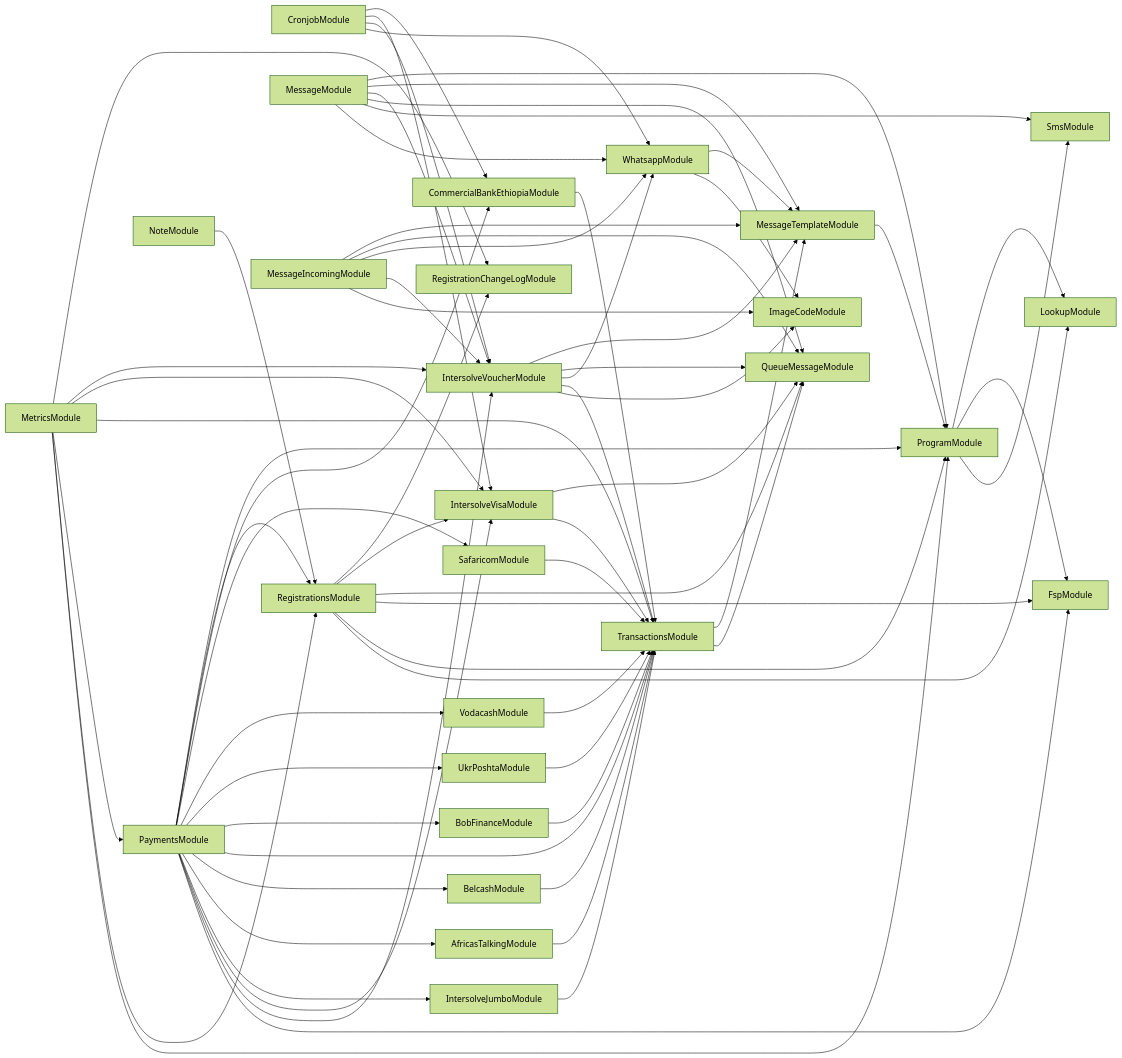
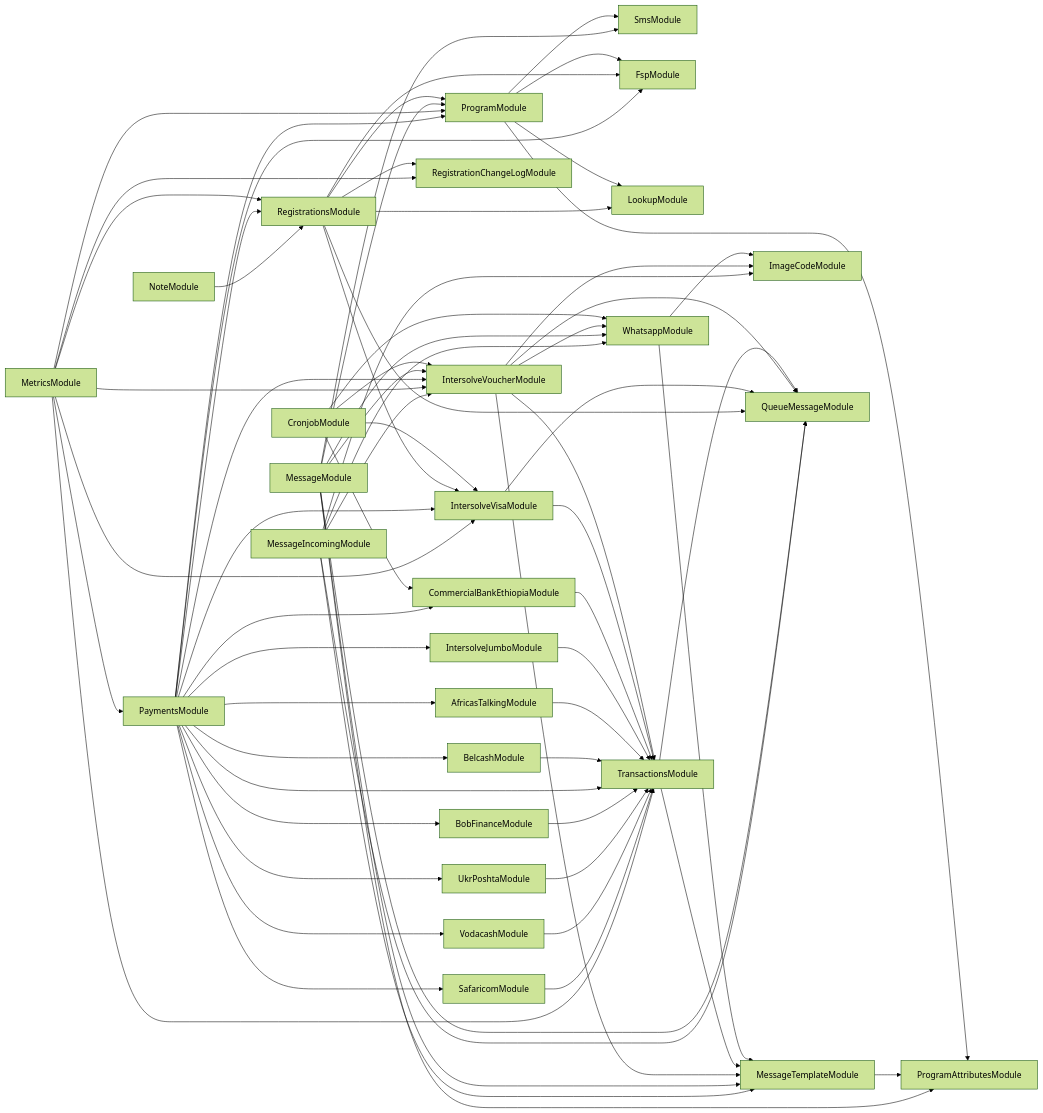
One commit to global-121/121-platform changed the diagram in services/121-service/module-dependencies.md. Above: the diagram before and after it, drawn with Mermaid (forest theme). The commit also changed 11 other files, not shown here.

Commit message:
Feat: program-attributes module & module clean up AB#25070

````diff
--- a/services/121-service/module-dependencies.md
+++ b/services/121-service/module-dependencies.md
@@ -3,69 +3,71 @@
 ```mermaid
 graph LR
   ProgramModule-->SmsModule
   ProgramModule-->FspModule
   ProgramModule-->LookupModule
+  ProgramModule-->ProgramAttributesModule
+  MessageTemplateModule-->ProgramAttributesModule
   CronjobModule-->WhatsappModule
   WhatsappModule-->ImageCodeModule
   WhatsappModule-->MessageTemplateModule
-  MessageTemplateModule-->ProgramModule
   CronjobModule-->IntersolveVoucherModule
   IntersolveVoucherModule-->ImageCodeModule
   IntersolveVoucherModule-->TransactionsModule
   TransactionsModule-->QueueMessageModule
   TransactionsModule-->MessageTemplateModule
   IntersolveVoucherModule-->WhatsappModule
   IntersolveVoucherModule-->QueueMessageModule
   IntersolveVoucherModule-->MessageTemplateModule
   CronjobModule-->IntersolveVisaModule
   IntersolveVisaModule-->TransactionsModule
   IntersolveVisaModule-->QueueMessageModule
   CronjobModule-->CommercialBankEthiopiaModule
   CommercialBankEthiopiaModule-->TransactionsModule
   RegistrationsModule-->LookupModule
   RegistrationsModule-->ProgramModule
   RegistrationsModule-->FspModule
   RegistrationsModule-->QueueMessageModule
   RegistrationsModule-->IntersolveVisaModule
   RegistrationsModule-->RegistrationChangeLogModule
   MessageModule-->WhatsappModule
   MessageModule-->SmsModule
   MessageModule-->QueueMessageModule
   MessageModule-->IntersolveVoucherModule
   MessageModule-->MessageTemplateModule
   MessageModule-->ProgramModule
+  MessageModule-->ProgramAttributesModule
   MetricsModule-->ProgramModule
   MetricsModule-->RegistrationsModule
   MetricsModule-->PaymentsModule
   PaymentsModule-->FspModule
   PaymentsModule-->IntersolveVoucherModule
   PaymentsModule-->IntersolveVisaModule
   PaymentsModule-->IntersolveJumboModule
   IntersolveJumboModule-->TransactionsModule
   PaymentsModule-->AfricasTalkingModule
   AfricasTalkingModule-->TransactionsModule
   PaymentsModule-->BelcashModule
   BelcashModule-->TransactionsModule
   PaymentsModule-->TransactionsModule
   PaymentsModule-->BobFinanceModule
   BobFinanceModule-->TransactionsModule
   PaymentsModule-->UkrPoshtaModule
   UkrPoshtaModule-->TransactionsModule
   PaymentsModule-->VodacashModule
   VodacashModule-->TransactionsModule
   PaymentsModule-->SafaricomModule
   SafaricomModule-->TransactionsModule
   PaymentsModule-->CommercialBankEthiopiaModule
   PaymentsModule-->RegistrationsModule
   PaymentsModule-->ProgramModule
   MetricsModule-->TransactionsModule
   MetricsModule-->IntersolveVisaModule
   MetricsModule-->IntersolveVoucherModule
   MetricsModule-->RegistrationChangeLogModule
   MessageIncomingModule-->ImageCodeModule
   MessageIncomingModule-->IntersolveVoucherModule
   MessageIncomingModule-->WhatsappModule
   MessageIncomingModule-->QueueMessageModule
   MessageIncomingModule-->MessageTemplateModule
   NoteModule-->RegistrationsModule
 ```
````
